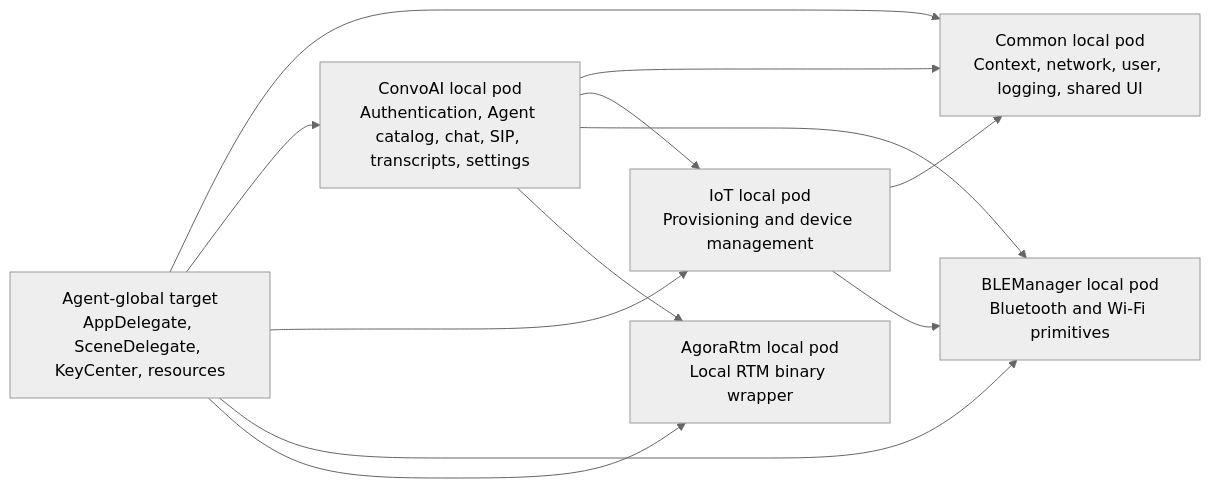
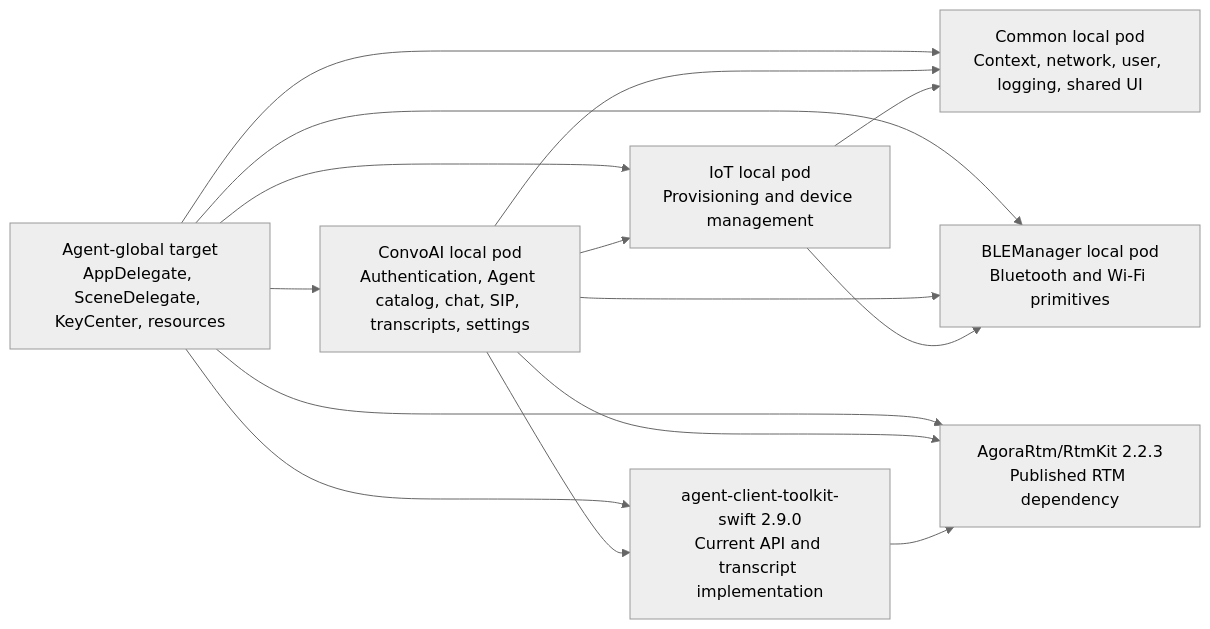
One commit to AgoraIO-Community/Conversational-AI-Demo changed the first of 6 diagrams in iOS/ARCHITECTURE.md. Above: the diagram before and after it, drawn with Mermaid (neutral theme). The commit also changed other lines of this file and 32 other files, not shown here.

First line of the commit message:
refactor(ios): adopt published agent client toolkit

````diff
--- a/iOS/ARCHITECTURE.md
+++ b/iOS/ARCHITECTURE.md
@@ -23,14 +23,17 @@
 ```mermaid
 flowchart LR
   app["Agent-global target\nAppDelegate, SceneDelegate, KeyCenter, resources"] --> common["Common local pod\nContext, network, user, logging, shared UI"]
   app --> convo["ConvoAI local pod\nAuthentication, Agent catalog, chat, SIP, transcripts, settings"]
   app --> iot["IoT local pod\nProvisioning and device management"]
   app --> ble["BLEManager local pod\nBluetooth and Wi-Fi primitives"]
-  app --> rtm["AgoraRtm local pod\nLocal RTM binary wrapper"]
+  app --> toolkit["agent-client-toolkit-swift 2.9.0\nCurrent API and transcript implementation"]
+  app --> rtm["AgoraRtm/RtmKit 2.2.3\nPublished RTM dependency"]
   convo --> common
   convo --> iot
   convo --> ble
+  convo --> toolkit
   convo --> rtm
+  toolkit --> rtm
   iot --> common
   iot --> ble
 ```
````
